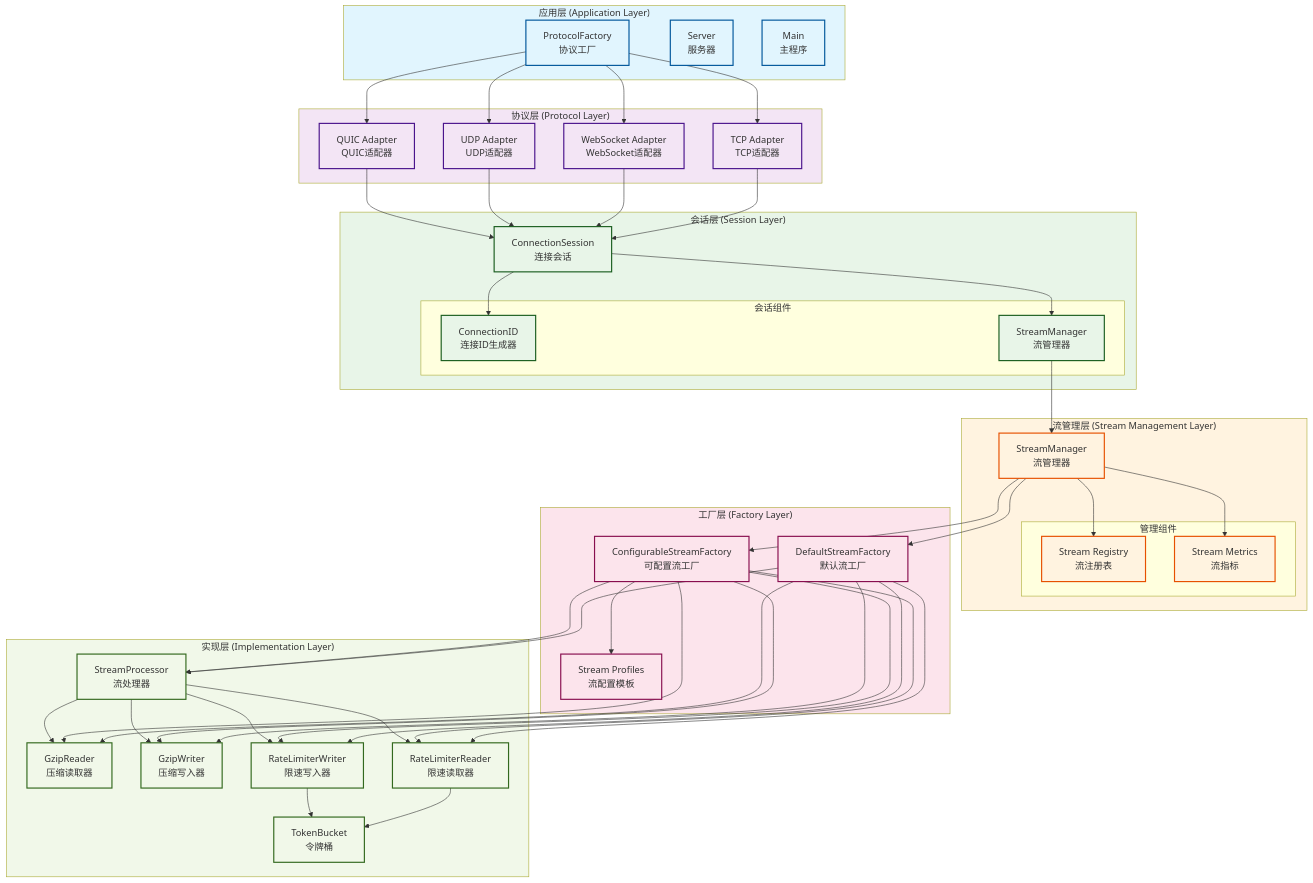
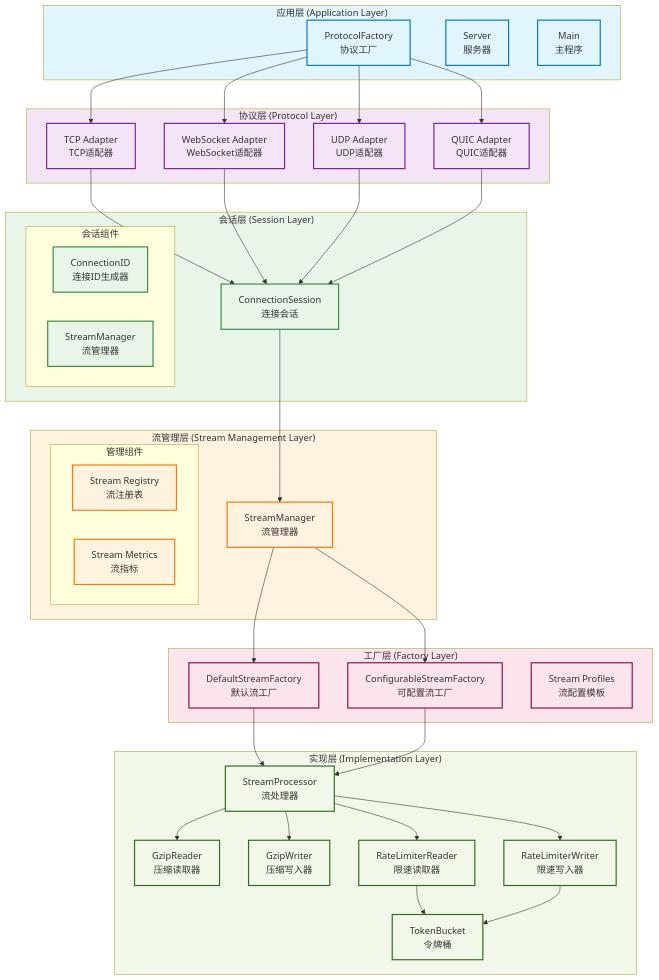
One commit to tunnox-net/tunnox-core changed the second of 2 diagrams in README.md. Above: the diagram before and after it, drawn with Mermaid. The commit also changed other lines of this file and 1 other file, not shown here.

```diff
--- a/README.md
+++ b/README.md
@@ -300,53 +302,32 @@
     UA --> CS
     QA --> CS
 
-    %% 会话层内部
-    CS --> CID
-    CS --> SM
-
     %% 会话层到流管理层
-    SM --> STM
-
-    %% 流管理层内部
-    STM --> SR
-    STM --> SMF
+    CS --> STM
 
     %% 流管理层到工厂层
     STM --> DSF
     STM --> CSF
 
-    %% 工厂层内部
-    CSF --> SP
-
     %% 工厂层到实现层
     DSF --> SPROC
-    DSF --> GZR
-    DSF --> GZW
-    DSF --> RLR
-    DSF --> RLW
     CSF --> SPROC
-    CSF --> GZR
-    CSF --> GZW
-    CSF --> RLR
-    CSF --> RLW
-
-    %% 实现层内部依赖
-    RLR --> TB
-    RLW --> TB
     SPROC --> GZR
     SPROC --> GZW
     SPROC --> RLR
     SPROC --> RLW
+    RLR --> TB
+    RLW --> TB
 
     %% 样式定义
-    classDef applicationLayer fill:#e1f5fe,stroke:#01579b,stroke-width:2px
-    classDef protocolLayer fill:#f3e5f5,stroke:#4a148c,stroke-width:2px
-    classDef sessionLayer fill:#e8f5e8,stroke:#1b5e20,stroke-width:2px
-    classDef streamManagementLayer fill:#fff3e0,stroke:#e65100,stroke-width:2px
+    classDef applicationLayer fill:#e1f5fe,stroke:#0277bd,stroke-width:2px
+    classDef protocolLayer fill:#f3e5f5,stroke:#7b1fa2,stroke-width:2px
+    classDef sessionLayer fill:#e8f5e8,stroke:#388e3c,stroke-width:2px
+    classDef streamManagementLayer fill:#fff3e0,stroke:#f57c00,stroke-width:2px
     classDef factoryLayer fill:#fce4ec,stroke:#880e4f,stroke-width:2px
     classDef implementationLayer fill:#f1f8e9,stroke:#33691e,stroke-width:2px
 
-    %% 应用样式
+    %% Apply styles
     class PF,S,M applicationLayer
     class TA,WA,UA,QA protocolLayer
     class CS,CID,SM sessionLayer
```
